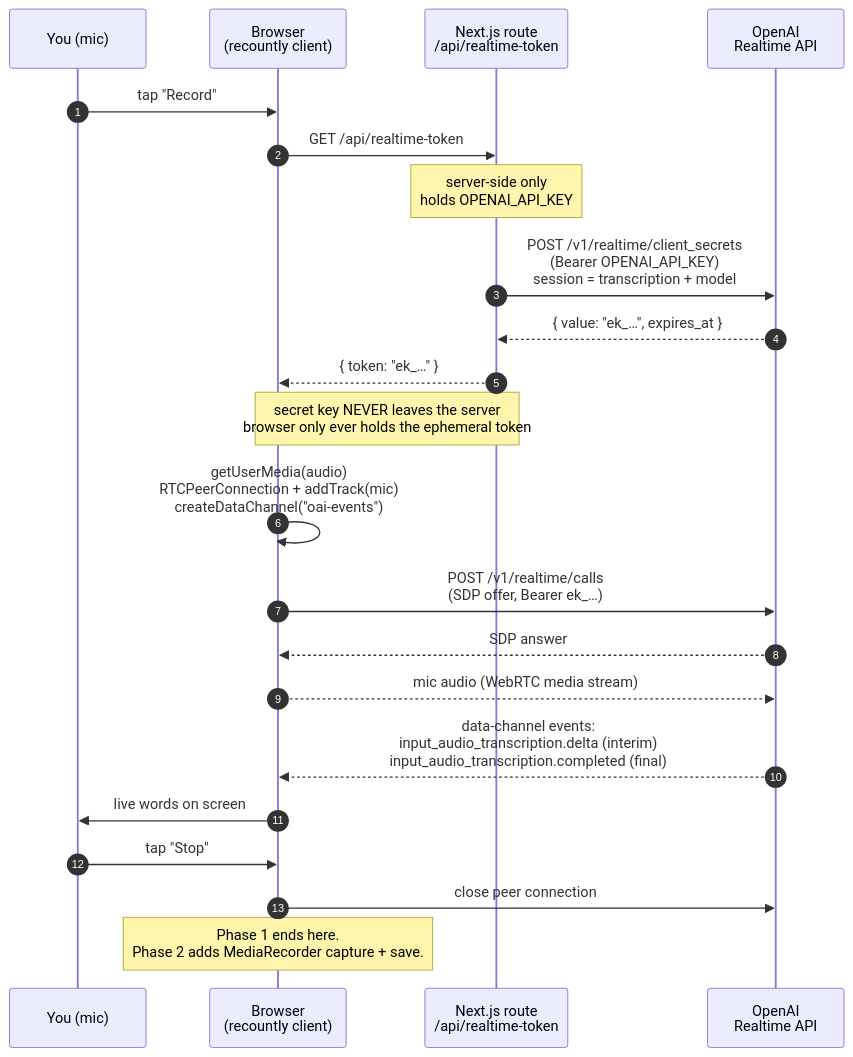
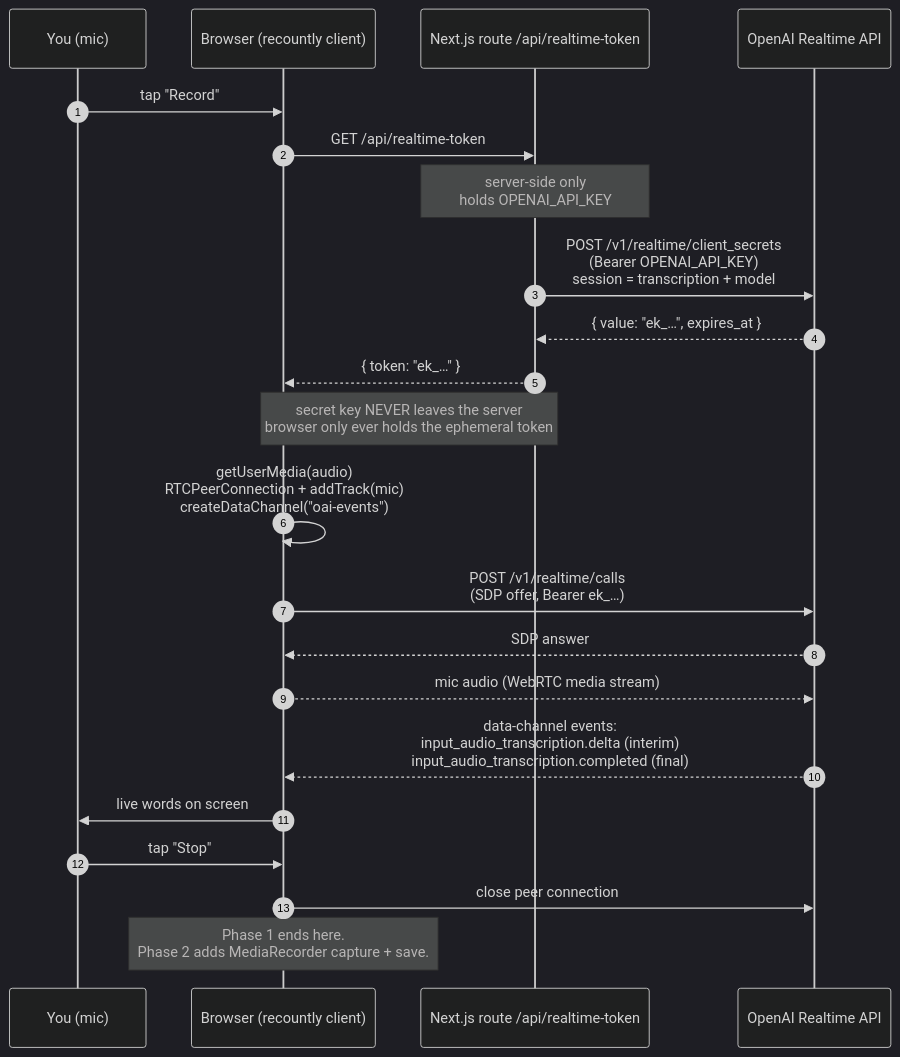
The first of 2 diagrams in docs/phase-1-live-transcription.md (nicolovejoy/recountly), drawn with Mermaid before and after one commit. The commit also changed other lines of this file, not shown here.

Commit message:
docs: fix Phase 1 mermaid diagrams for dark mode
Sequence diagram rendered blank because participant declarations used
<br/> in their labels (actor boxes can't size HTML labels, unlike
messages/notes). Removed <br/> from participants. Pinned theme:'dark'
on both diagrams so text stays light/readable instead of relying on the
editor extension to guess the theme.

````diff
--- a/docs/phase-1-live-transcription.md
+++ b/docs/phase-1-live-transcription.md
@@ -22,27 +22,28 @@
 ```mermaid
+%%{init: {'theme':'dark'}}%%
 sequenceDiagram
     autonumber
     participant U as You (mic)
-    participant B as Browser<br/>(recountly client)
-    participant S as Next.js route<br/>/api/realtime-token
-    participant O as OpenAI<br/>Realtime API
+    participant B as Browser (recountly client)
+    participant S as Next.js route /api/realtime-token
+    participant O as OpenAI Realtime API
 
     U->>B: tap "Record"
     B->>S: GET /api/realtime-token
     Note over S: server-side only<br/>holds OPENAI_API_KEY
     S->>O: POST /v1/realtime/client_secrets<br/>(Bearer OPENAI_API_KEY)<br/>session = transcription + model
     O-->>S: { value: "ek_…", expires_at }
     S-->>B: { token: "ek_…" }
     Note over S,B: secret key NEVER leaves the server<br/>browser only ever holds the ephemeral token
 
     B->>B: getUserMedia(audio)<br/>RTCPeerConnection + addTrack(mic)<br/>createDataChannel("oai-events")
     B->>O: POST /v1/realtime/calls<br/>(SDP offer, Bearer ek_…)
     O-->>B: SDP answer
     B-->>O: mic audio (WebRTC media stream)
     O-->>B: data-channel events:<br/>input_audio_transcription.delta (interim)<br/>input_audio_transcription.completed (final)
     B->>U: live words on screen
 
     U->>B: tap "Stop"
     B->>O: close peer connection
     Note over B: Phase 1 ends here.<br/>Phase 2 adds MediaRecorder capture + save.
 ```
````
